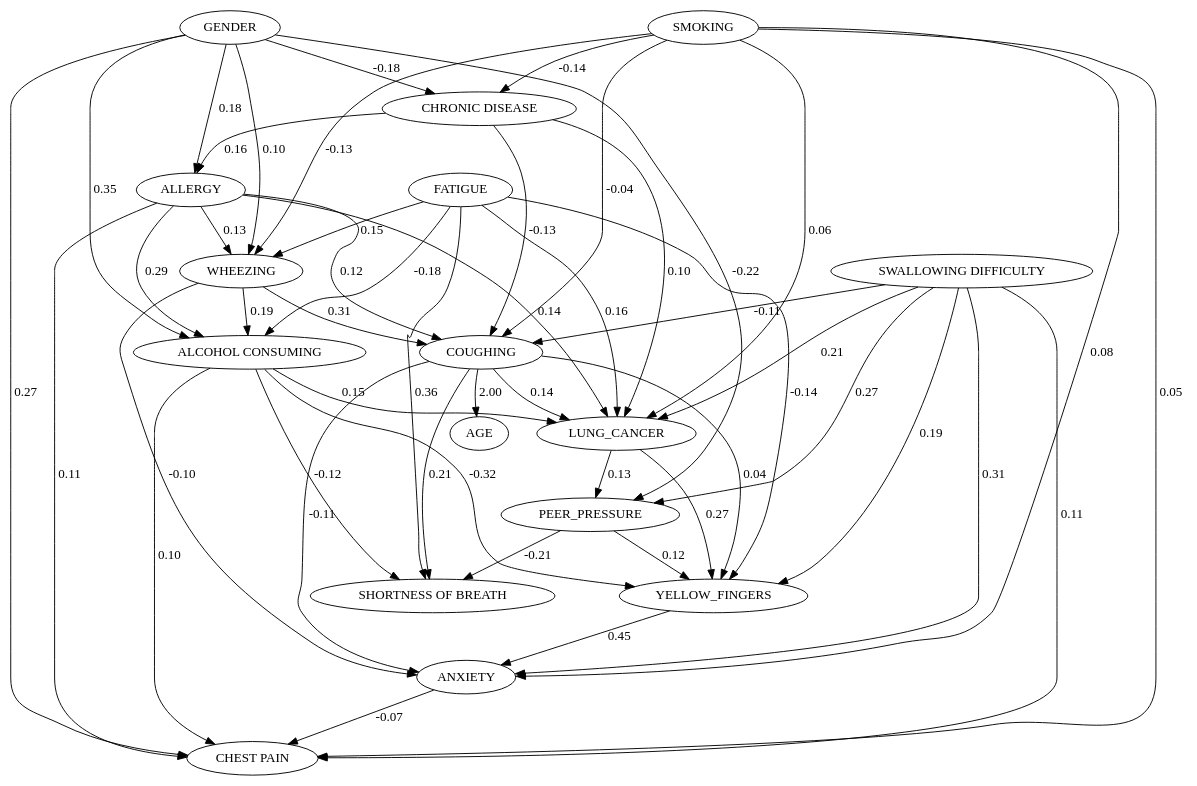
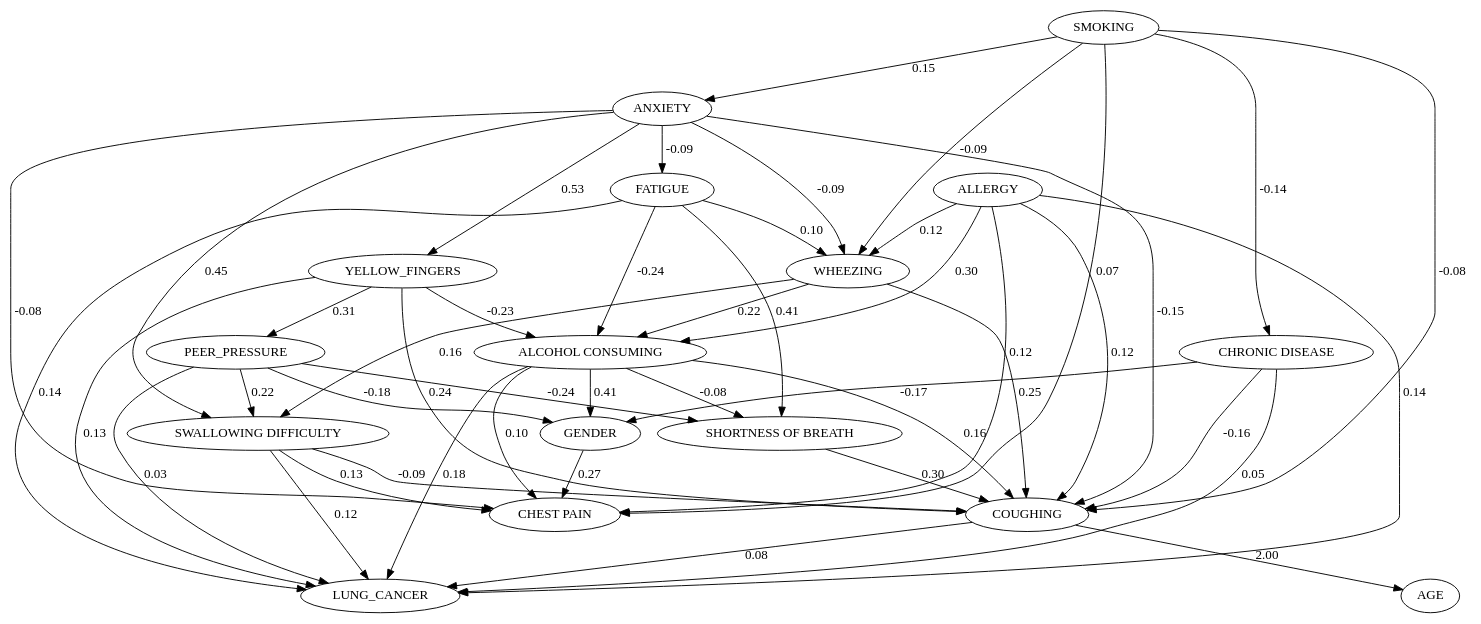
Before and after one commit to shamanth-kuthpadi/DoWhy-workflow: the diagram in temp.dot, drawn with Graphviz. The commit also changed 2 other files, not shown here.

```diff
--- a/temp.dot
+++ b/temp.dot
@@ -1,70 +1,67 @@
 digraph {
 	GENDER
 	AGE
 	SMOKING
 	YELLOW_FINGERS
 	ANXIETY
 	PEER_PRESSURE
 	"CHRONIC DISEASE"
 	"FATIGUE "
 	"ALLERGY "
 	WHEEZING
 	"ALCOHOL CONSUMING"
 	COUGHING
 	"SHORTNESS OF BREATH"
 	"SWALLOWING DIFFICULTY"
 	"CHEST PAIN"
 	LUNG_CANCER
+	PEER_PRESSURE -> GENDER [label=-0.18]
+	"CHRONIC DISEASE" -> GENDER [label=-0.17]
+	"ALCOHOL CONSUMING" -> GENDER [label=0.41]
 	COUGHING -> AGE [label=2.00]
-	PEER_PRESSURE -> YELLOW_FINGERS [label=0.12]
-	"FATIGUE " -> YELLOW_FINGERS [label=-0.14]
-	"ALCOHOL CONSUMING" -> YELLOW_FINGERS [label=-0.32]
-	COUGHING -> YELLOW_FINGERS [label=0.04]
-	"SWALLOWING DIFFICULTY" -> YELLOW_FINGERS [label=0.19]
-	LUNG_CANCER -> YELLOW_FINGERS [label=0.27]
-	SMOKING -> ANXIETY [label=0.08]
-	YELLOW_FINGERS -> ANXIETY [label=0.45]
-	WHEEZING -> ANXIETY [label=-0.10]
-	COUGHING -> ANXIETY [label=-0.11]
-	"SWALLOWING DIFFICULTY" -> ANXIETY [label=0.31]
-	GENDER -> PEER_PRESSURE [label=-0.22]
-	"SWALLOWING DIFFICULTY" -> PEER_PRESSURE [label=0.27]
-	LUNG_CANCER -> PEER_PRESSURE [label=0.13]
-	GENDER -> "CHRONIC DISEASE" [label=-0.18]
+	ANXIETY -> YELLOW_FINGERS [label=0.53]
+	SMOKING -> ANXIETY [label=0.15]
+	YELLOW_FINGERS -> PEER_PRESSURE [label=0.31]
 	SMOKING -> "CHRONIC DISEASE" [label=-0.14]
-	GENDER -> "ALLERGY " [label=0.18]
-	"CHRONIC DISEASE" -> "ALLERGY " [label=0.16]
-	GENDER -> WHEEZING [label=0.10]
-	SMOKING -> WHEEZING [label=-0.13]
-	"FATIGUE " -> WHEEZING [label=0.15]
-	"ALLERGY " -> WHEEZING [label=0.13]
-	GENDER -> "ALCOHOL CONSUMING" [label=0.35]
-	"FATIGUE " -> "ALCOHOL CONSUMING" [label=-0.18]
-	"ALLERGY " -> "ALCOHOL CONSUMING" [label=0.29]
-	WHEEZING -> "ALCOHOL CONSUMING" [label=0.19]
-	SMOKING -> COUGHING [label=-0.04]
-	"CHRONIC DISEASE" -> COUGHING [label=-0.13]
+	ANXIETY -> "FATIGUE " [label=-0.09]
+	SMOKING -> WHEEZING [label=-0.09]
+	ANXIETY -> WHEEZING [label=-0.09]
+	"FATIGUE " -> WHEEZING [label=0.10]
+	"ALLERGY " -> WHEEZING [label=0.12]
+	YELLOW_FINGERS -> "ALCOHOL CONSUMING" [label=-0.23]
+	"FATIGUE " -> "ALCOHOL CONSUMING" [label=-0.24]
+	"ALLERGY " -> "ALCOHOL CONSUMING" [label=0.30]
+	WHEEZING -> "ALCOHOL CONSUMING" [label=0.22]
+	SMOKING -> COUGHING [label=-0.08]
+	YELLOW_FINGERS -> COUGHING [label=0.24]
+	ANXIETY -> COUGHING [label=-0.15]
+	"CHRONIC DISEASE" -> COUGHING [label=-0.16]
 	"ALLERGY " -> COUGHING [label=0.12]
-	WHEEZING -> COUGHING [label=0.31]
-	"SWALLOWING DIFFICULTY" -> COUGHING [label=-0.11]
-	PEER_PRESSURE -> "SHORTNESS OF BREATH" [label=-0.21]
-	"FATIGUE " -> "SHORTNESS OF BREATH" [label=0.36]
-	"ALCOHOL CONSUMING" -> "SHORTNESS OF BREATH" [label=-0.12]
-	COUGHING -> "SHORTNESS OF BREATH" [label=0.21]
+	WHEEZING -> COUGHING [label=0.25]
+	"ALCOHOL CONSUMING" -> COUGHING [label=0.16]
+	"SHORTNESS OF BREATH" -> COUGHING [label=0.30]
+	"SWALLOWING DIFFICULTY" -> COUGHING [label=-0.09]
+	PEER_PRESSURE -> "SHORTNESS OF BREATH" [label=-0.24]
+	"FATIGUE " -> "SHORTNESS OF BREATH" [label=0.41]
+	"ALCOHOL CONSUMING" -> "SHORTNESS OF BREATH" [label=-0.08]
+	ANXIETY -> "SWALLOWING DIFFICULTY" [label=0.45]
+	PEER_PRESSURE -> "SWALLOWING DIFFICULTY" [label=0.22]
+	WHEEZING -> "SWALLOWING DIFFICULTY" [label=0.16]
 	GENDER -> "CHEST PAIN" [label=0.27]
-	SMOKING -> "CHEST PAIN" [label=0.05]
-	ANXIETY -> "CHEST PAIN" [label=-0.07]
-	"ALLERGY " -> "CHEST PAIN" [label=0.11]
+	SMOKING -> "CHEST PAIN" [label=0.07]
+	ANXIETY -> "CHEST PAIN" [label=-0.08]
+	"ALLERGY " -> "CHEST PAIN" [label=0.12]
 	"ALCOHOL CONSUMING" -> "CHEST PAIN" [label=0.10]
-	"SWALLOWING DIFFICULTY" -> "CHEST PAIN" [label=0.11]
-	SMOKING -> LUNG_CANCER [label=0.06]
-	"CHRONIC DISEASE" -> LUNG_CANCER [label=0.10]
-	"FATIGUE " -> LUNG_CANCER [label=0.16]
+	"SWALLOWING DIFFICULTY" -> "CHEST PAIN" [label=0.13]
+	YELLOW_FINGERS -> LUNG_CANCER [label=0.13]
+	PEER_PRESSURE -> LUNG_CANCER [label=0.03]
+	"CHRONIC DISEASE" -> LUNG_CANCER [label=0.05]
+	"FATIGUE " -> LUNG_CANCER [label=0.14]
 	"ALLERGY " -> LUNG_CANCER [label=0.14]
-	"ALCOHOL CONSUMING" -> LUNG_CANCER [label=0.15]
-	COUGHING -> LUNG_CANCER [label=0.14]
-	"SWALLOWING DIFFICULTY" -> LUNG_CANCER [label=0.21]
+	"ALCOHOL CONSUMING" -> LUNG_CANCER [label=0.18]
+	COUGHING -> LUNG_CANCER [label=0.08]
+	"SWALLOWING DIFFICULTY" -> LUNG_CANCER [label=0.12]
 	{
 		rank=same
 	}
 }
```
